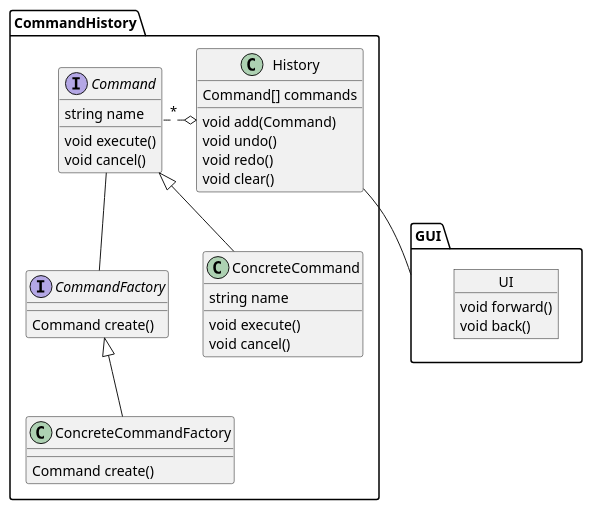
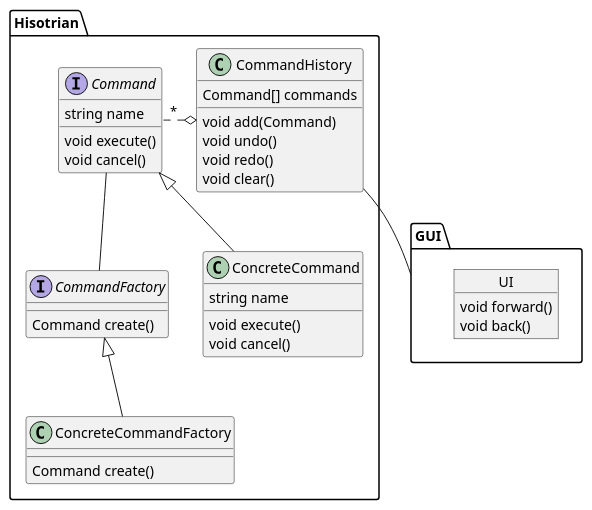
The diagram in docs/history.puml (ubie-oss/historian-js), drawn with PlantUML before and after one commit. The commit also changed 1 other file, not shown here.

```diff
--- a/docs/history.puml
+++ b/docs/history.puml
@@ -1,47 +1,47 @@
 @startuml
 
 package GUI {
   object UI {
     void forward()
     void back()
   }
 }
 
-package CommandHistory {
+package Hisotrian {
     class ConcreteCommandFactory {
         Command create()
     }
 
     interface CommandFactory {
         Command create()
     }
 
     class ConcreteCommand {
         string name
         void execute()
         void cancel()
     }
 
     interface Command {
         string name
         void execute()
         void cancel()
     }
 
-    class History {
+    class CommandHistory {
       Command[] commands
       void add(Command)
       void undo()
       void redo()
       void clear()
     }
 }
 
 CommandFactory <|-- ConcreteCommandFactory
 Command -- CommandFactory
 Command <|-- ConcreteCommand
-History o. "*" Command
+CommandHistory o. "*" Command
 
-History -- GUI
+CommandHistory -- GUI
 
 @enduml
```
